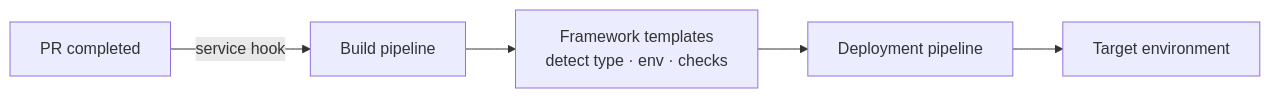
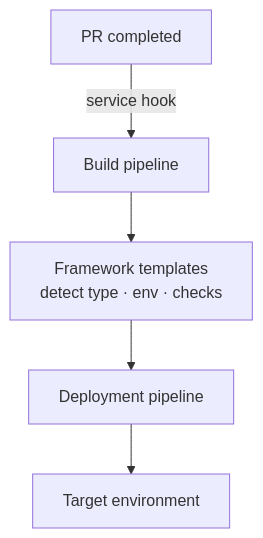
One commit to Camilool8/cjoga-portfolio changed the diagram in blog-site/docs/engineering/work/fl-betances.mdx. Above: the diagram before and after it, drawn with Mermaid. The commit also changed other lines of this file and 117 other files, not shown here.

````diff
--- a/blog-site/docs/engineering/work/fl-betances.mdx
+++ b/blog-site/docs/engineering/work/fl-betances.mdx
@@ -39,8 +43,8 @@
 ```mermaid
-flowchart LR
+flowchart TB
   accTitle: Deployment automation flow — a completed pull request fires a service hook into the build pipeline, framework templates detect project type, environment, and checks, and the deployment pipeline releases to the target environment
   PR["PR completed"] -->|service hook| Build["Build pipeline"]
   Build --> Templates["Framework templates<br/>detect type · env · checks"]
   Templates --> Deploy["Deployment pipeline"]
   Deploy --> Envs["Target environment"]
 ```
````
